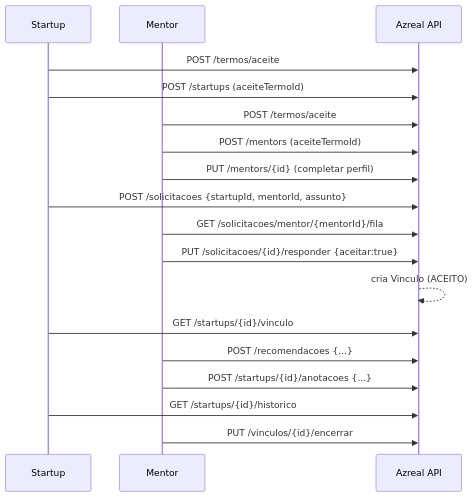
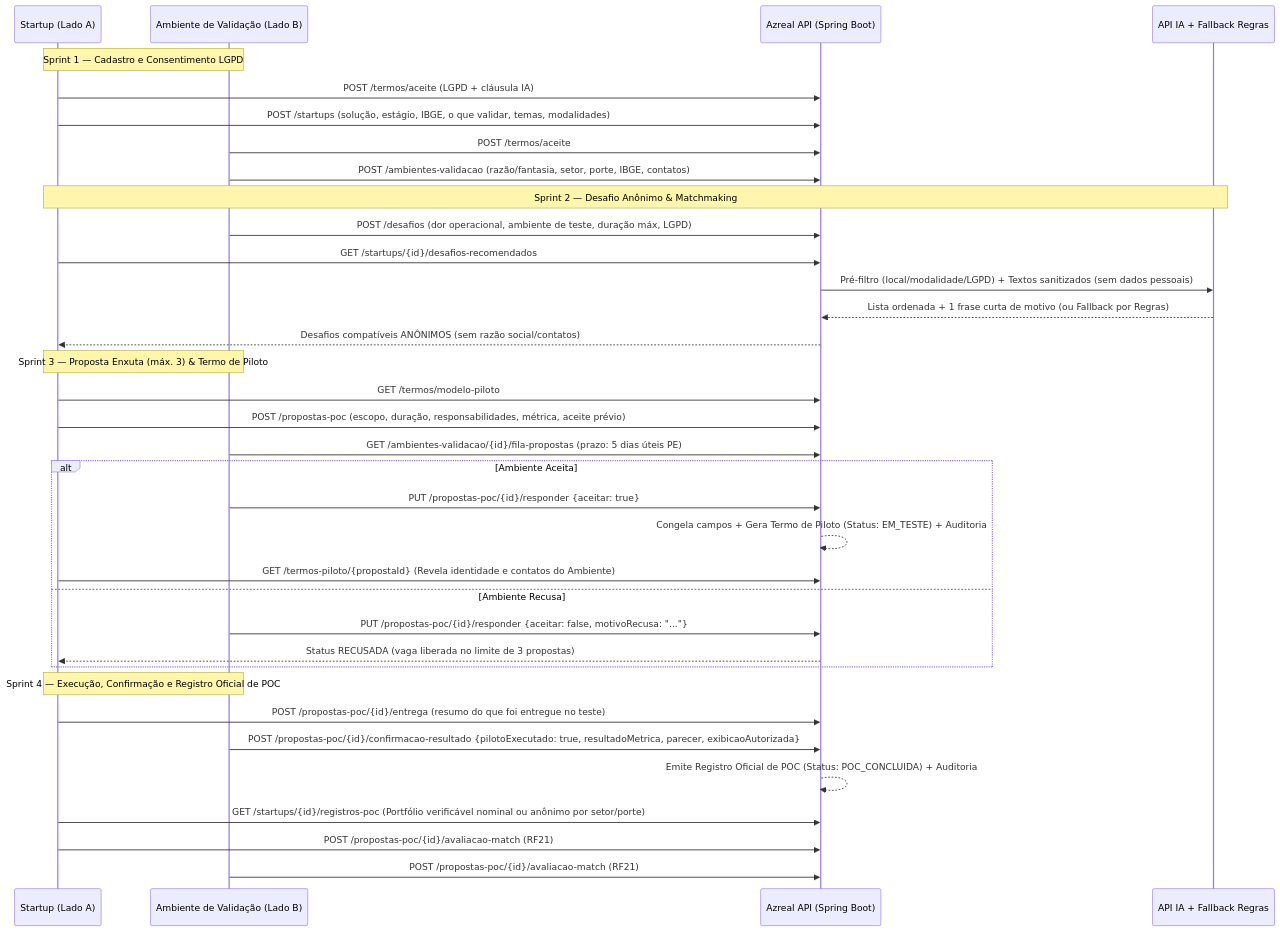
One commit to HtaOliva/Azreal changed the diagram in docs/endpoints-map.md. Above: the diagram before and after it, drawn with Mermaid. The commit also changed other lines of this file and 13 other files, not shown here.

````diff
--- a/docs/endpoints-map.md
+++ b/docs/endpoints-map.md
@@ -253,20 +113,41 @@
 ```mermaid
 sequenceDiagram
-  participant St as Startup
-  participant Mn as Mentor
-  participant API as Azreal API
-  St->>API: POST /termos/aceite
-  St->>API: POST /startups (aceiteTermoId)
-  Mn->>API: POST /termos/aceite
-  Mn->>API: POST /mentors (aceiteTermoId)
-  Mn->>API: PUT /mentors/{id} (completar perfil)
-  St->>API: POST /solicitacoes {startupId, mentorId, assunto}
-  Mn->>API: GET /solicitacoes/mentor/{mentorId}/fila
-  Mn->>API: PUT /solicitacoes/{id}/responder {aceitar:true}
-  API-->>API: cria Vinculo (ACEITO)
-  St->>API: GET /startups/{id}/vinculo
-  Mn->>API: POST /recomendacoes {...}
-  Mn->>API: POST /startups/{id}/anotacoes {...}
-  St->>API: GET /startups/{id}/historico
-  Mn->>API: PUT /vinculos/{id}/encerrar
+    participant St as Startup (Lado A)
+    participant Amb as Ambiente de Validação (Lado B)
+    participant API as Azreal API (Spring Boot)
+    participant IA as API IA + Fallback Regras
+
+    Note over St,Amb: Sprint 1 — Cadastro e Consentimento LGPD
+    St->>API: POST /termos/aceite (LGPD + cláusula IA)
+    St->>API: POST /startups (solução, estágio, IBGE, o que validar, temas, modalidades)
+    Amb->>API: POST /termos/aceite
+    Amb->>API: POST /ambientes-validacao (razão/fantasia, setor, porte, IBGE, contatos)
+
+    Note over St,IA: Sprint 2 — Desafio Anônimo & Matchmaking
+    Amb->>API: POST /desafios (dor operacional, ambiente de teste, duração máx, LGPD)
+    St->>API: GET /startups/{id}/desafios-recomendados
+    API->>IA: Pré-filtro (local/modalidade/LGPD) + Textos sanitizados (sem dados pessoais)
+    IA-->>API: Lista ordenada + 1 frase curta de motivo (ou Fallback por Regras)
+    API-->>St: Desafios compatíveis ANÔNIMOS (sem razão social/contatos)
+
+    Note over St,Amb: Sprint 3 — Proposta Enxuta (máx. 3) & Termo de Piloto
+    St->>API: GET /termos/modelo-piloto
+    St->>API: POST /propostas-poc (escopo, duração, responsabilidades, métrica, aceite prévio)
+    Amb->>API: GET /ambientes-validacao/{id}/fila-propostas (prazo: 5 dias úteis PE)
+    alt Ambiente Aceita
+        Amb->>API: PUT /propostas-poc/{id}/responder {aceitar: true}
+        API-->>API: Congela campos + Gera Termo de Piloto (Status: EM_TESTE) + Auditoria
+        St->>API: GET /termos-piloto/{propostaId} (Revela identidade e contatos do Ambiente)
+    else Ambiente Recusa
+        Amb->>API: PUT /propostas-poc/{id}/responder {aceitar: false, motivoRecusa: "..."}
+        API-->>St: Status RECUSADA (vaga liberada no limite de 3 propostas)
+    end
+
+    Note over St,Amb: Sprint 4 — Execução, Confirmação e Registro Oficial de POC
+    St->>API: POST /propostas-poc/{id}/entrega (resumo do que foi entregue no teste)
+    Amb->>API: POST /propostas-poc/{id}/confirmacao-resultado {pilotoExecutado: true, resultadoMetrica, parecer, exibicaoAutorizada}
+    API-->>API: Emite Registro Oficial de POC (Status: POC_CONCLUIDA) + Auditoria
+    St->>API: GET /startups/{id}/registros-poc (Portfólio verificável nominal ou anônimo por setor/porte)
+    St->>API: POST /propostas-poc/{id}/avaliacao-match (RF21)
+    Amb->>API: POST /propostas-poc/{id}/avaliacao-match (RF21)
 ```
````
